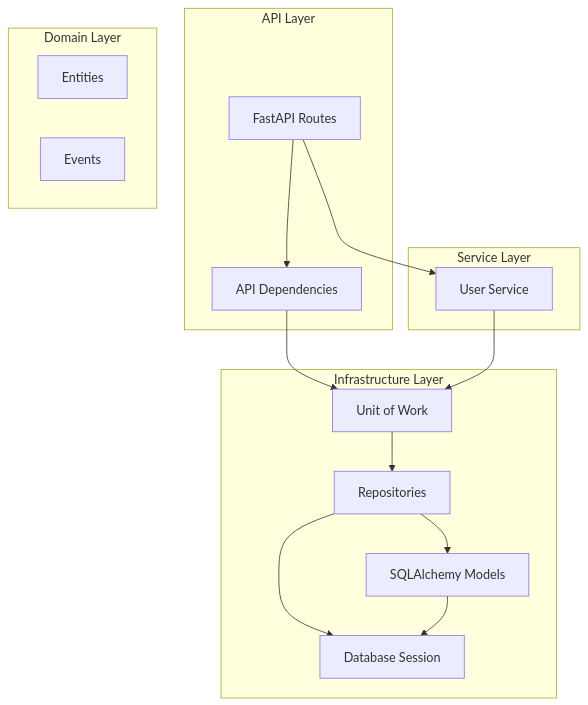
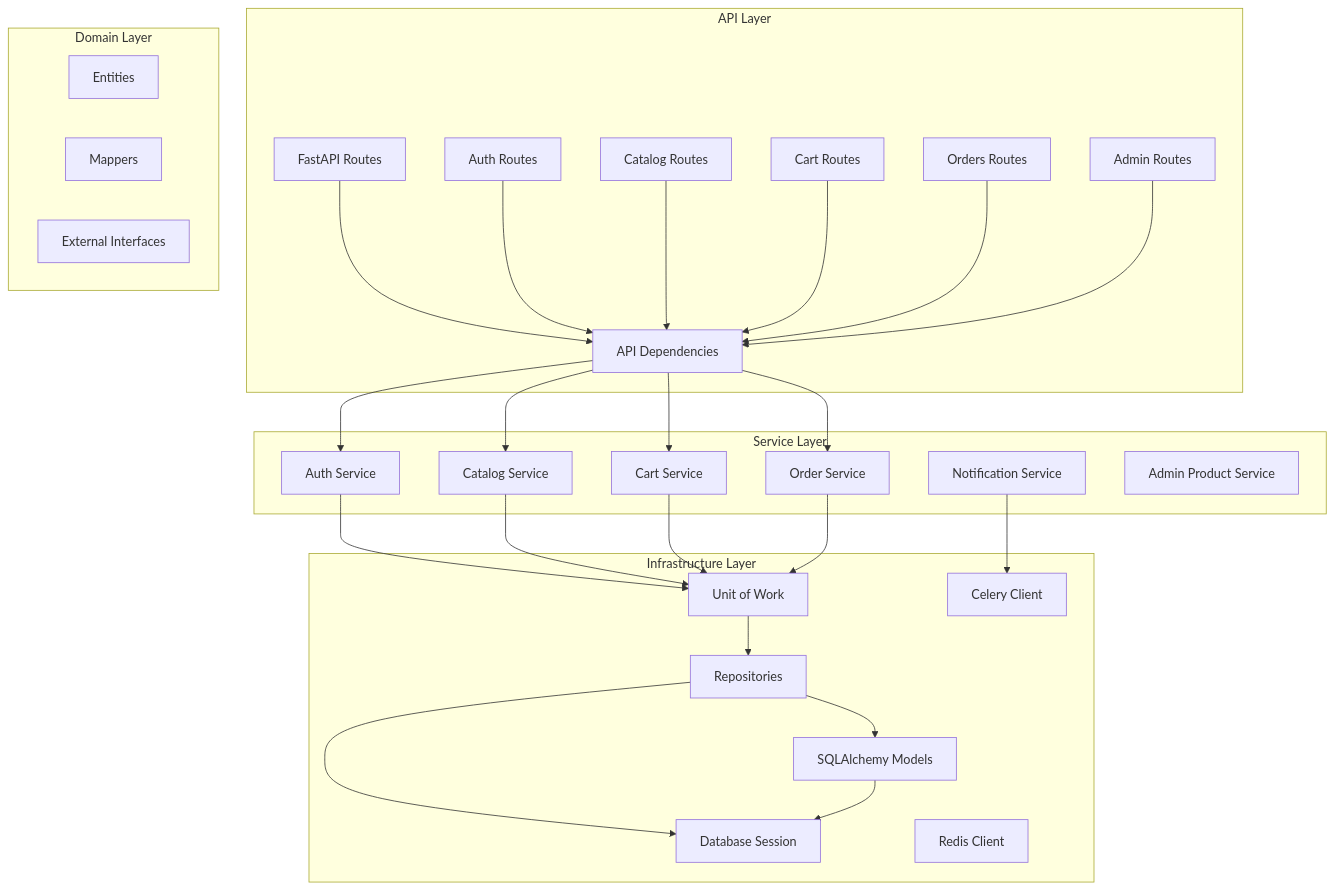
The diagram in README.md (Mist3s/leaf-flow), drawn with Mermaid before and after one commit. The commit also changed other lines of this file, not shown here.

````diff
--- a/README.md
+++ b/README.md
@@ -76,27 +96,46 @@
 ```mermaid
 graph TB
-    subgraph API Layer
+    subgraph "API Layer"
         A[FastAPI Routes] --> B[API Dependencies]
+        A1[Auth Routes] --> B
+        A2[Catalog Routes] --> B
+        A3[Cart Routes] --> B
+        A4[Orders Routes] --> B
+        A5[Admin Routes] --> B
     end
 
-    subgraph Service Layer
-        C[User Service]
+    subgraph "Service Layer"
+        C1[Auth Service]
+        C2[Catalog Service]
+        C3[Cart Service]
+        C4[Order Service]
+        C5[Notification Service]
+        C6[Admin Product Service]
     end
 
-    subgraph Infrastructure Layer
+    subgraph "Infrastructure Layer"
         D[Unit of Work] --> E[Repositories]
         E --> F[SQLAlchemy Models]
         G[Database Session]
+        H[Redis Client]
+        I[Celery Client]
     end
 
-    subgraph Domain Layer
-        H[Entities]
-        I[Events]
+    subgraph "Domain Layer"
+        J[Entities]
+        K[Mappers]
+        L[External Interfaces]
     end
 
-    A --> C
-    B --> D
-    C --> D
+    B --> C1
+    B --> C2
+    B --> C3
+    B --> C4
+    C1 --> D
+    C2 --> D
+    C3 --> D
+    C4 --> D
+    C5 --> I
     E --> G
     F --> G
 ```
````
